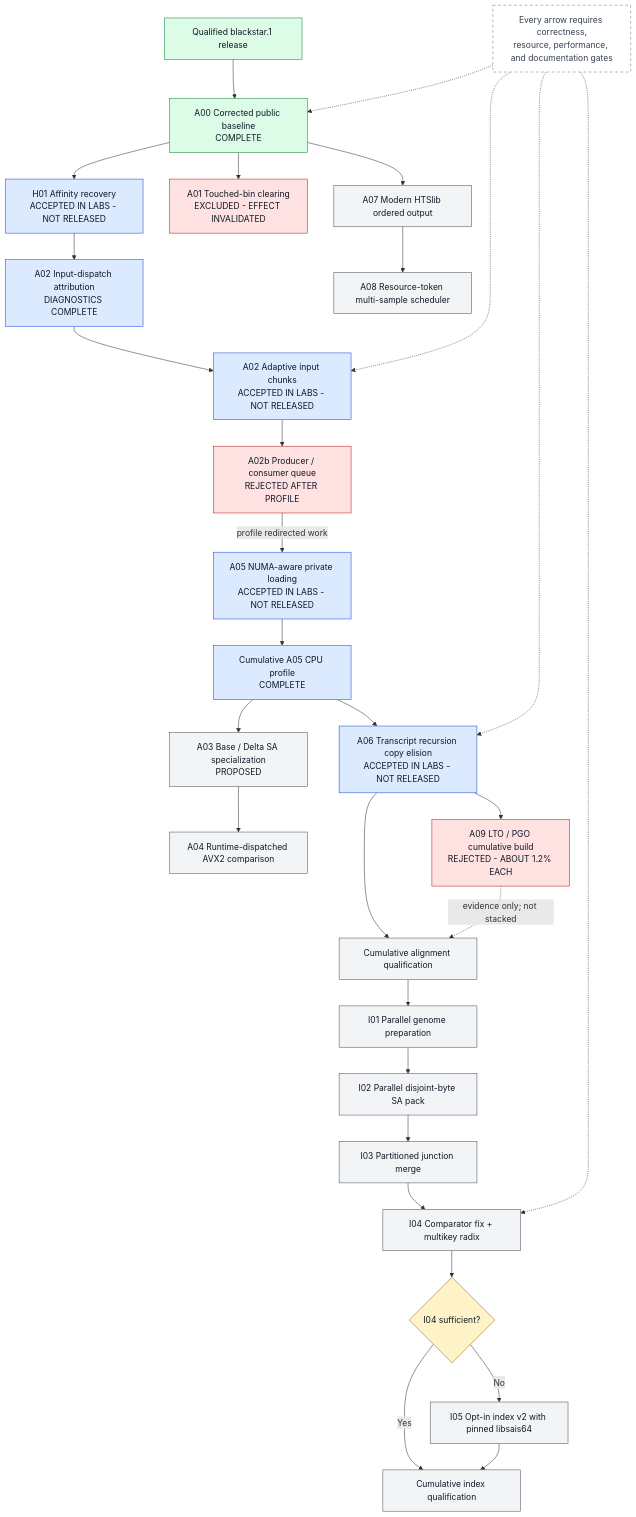
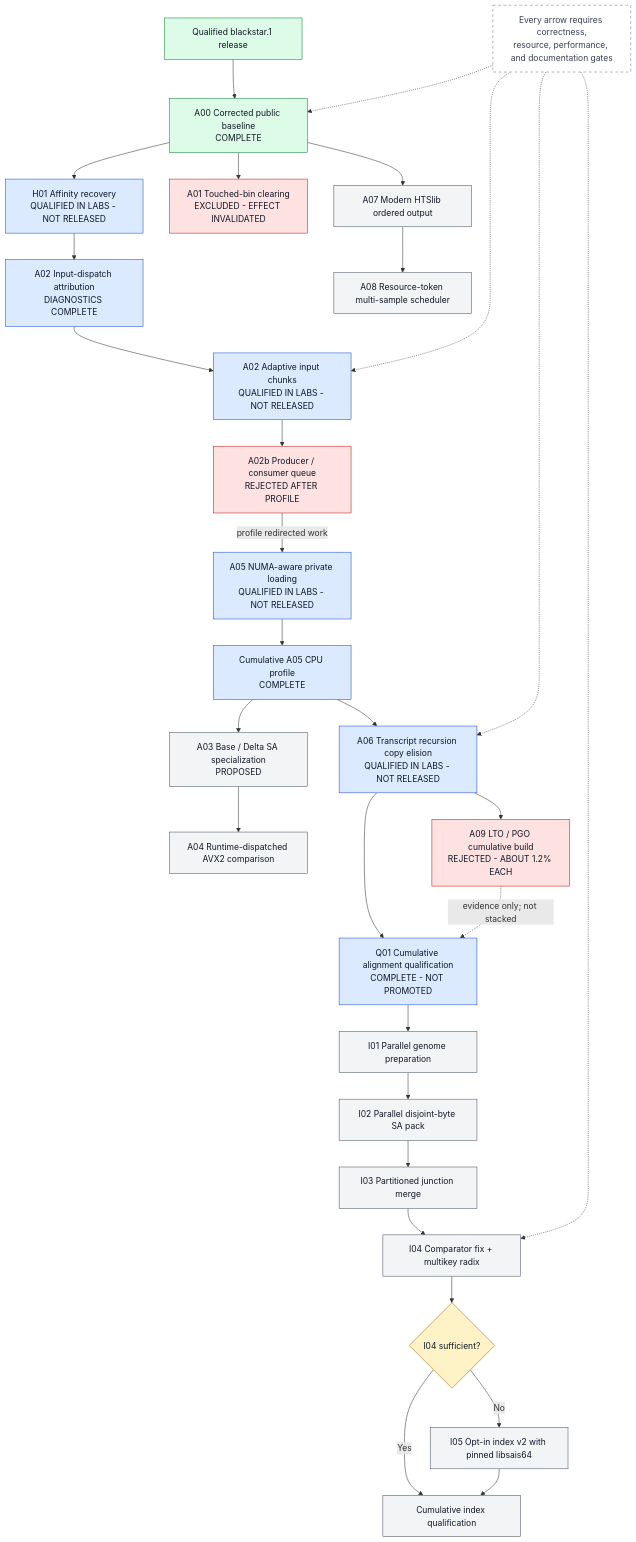
One commit to justinblethrow-cloud/STAR changed the diagram in docs/architecture/diagrams/src/F14-roadmap.mmd. Above: the diagram before and after it, drawn with Mermaid. The commit also changed 21 other files, not shown here.

Commit message:
docs: qualify cumulative alignment stack

```diff
--- a/docs/architecture/diagrams/src/F14-roadmap.mmd
+++ b/docs/architecture/diagrams/src/F14-roadmap.mmd
@@ -1,43 +1,43 @@
 flowchart TD
     RELEASE["Qualified blackstar.1 release"] --> A00["A00 Corrected public baseline<br/>COMPLETE"]
-    A00 --> H01["H01 Affinity recovery<br/>ACCEPTED IN LABS - NOT RELEASED"]
+    A00 --> H01["H01 Affinity recovery<br/>QUALIFIED IN LABS - NOT RELEASED"]
     A00 --> A01["A01 Touched-bin clearing<br/>EXCLUDED - EFFECT INVALIDATED"]
     H01 --> A02D["A02 Input-dispatch attribution<br/>DIAGNOSTICS COMPLETE"]
-    A02D --> A02["A02 Adaptive input chunks<br/>ACCEPTED IN LABS - NOT RELEASED"]
+    A02D --> A02["A02 Adaptive input chunks<br/>QUALIFIED IN LABS - NOT RELEASED"]
     A02 --> A02B["A02b Producer / consumer queue<br/>REJECTED AFTER PROFILE"]
-    A02B -->|profile redirected work| A05["A05 NUMA-aware private loading<br/>ACCEPTED IN LABS - NOT RELEASED"]
+    A02B -->|profile redirected work| A05["A05 NUMA-aware private loading<br/>QUALIFIED IN LABS - NOT RELEASED"]
     A05 --> PROFILE["Cumulative A05 CPU profile<br/>COMPLETE"]
-    PROFILE --> A06["A06 Transcript recursion copy elision<br/>ACCEPTED IN LABS - NOT RELEASED"]
+    PROFILE --> A06["A06 Transcript recursion copy elision<br/>QUALIFIED IN LABS - NOT RELEASED"]
     PROFILE --> A03["A03 Base / Delta SA specialization<br/>PROPOSED"]
     A03 --> A04["A04 Runtime-dispatched AVX2 comparison"]
     A00 --> A07["A07 Modern HTSlib ordered output"]
     A07 --> A08["A08 Resource-token multi-sample scheduler"]
     A06 --> A09["A09 LTO / PGO cumulative build<br/>REJECTED - ABOUT 1.2% EACH"]
-    A06 --> QUAL["Cumulative alignment qualification"]
+    A06 --> QUAL["Q01 Cumulative alignment qualification<br/>COMPLETE - NOT PROMOTED"]
     A09 -.->|evidence only; not stacked| QUAL
     QUAL --> I01["I01 Parallel genome preparation"]
     I01 --> I02["I02 Parallel disjoint-byte SA pack"]
     I02 --> I03["I03 Partitioned junction merge"]
     I03 --> I04["I04 Comparator fix + multikey radix"]
     I04 --> DECIDE{"I04 sufficient?"}
     DECIDE -->|Yes| INDEXQUAL["Cumulative index qualification"]
     DECIDE -->|No| I05["I05 Opt-in index v2 with pinned libsais64"]
     I05 --> INDEXQUAL
 
     GATE["Every arrow requires correctness,<br/>resource, performance, and documentation gates"] -.-> A00
     GATE -.-> A02
     GATE -.-> A06
     GATE -.-> I04
 
     classDef accepted fill:#dcfce7,stroke:#15803d,color:#111827;
     classDef active fill:#dbeafe,stroke:#1d4ed8,color:#111827;
     classDef rejected fill:#fee2e2,stroke:#b91c1c,color:#111827;
     classDef proposed fill:#f3f4f6,stroke:#4b5563,color:#111827;
     classDef decision fill:#fef3c7,stroke:#a16207,color:#111827;
     classDef note fill:#ffffff,stroke:#6b7280,color:#374151,stroke-dasharray: 5 5;
     class RELEASE,A00 accepted;
-    class H01,A02D,A02,A05,PROFILE,A06 active;
+    class H01,A02D,A02,A05,PROFILE,A06,QUAL active;
     class A01,A02B,A09 rejected;
-    class A03,A04,A07,A08,QUAL,I01,I02,I03,I04,I05,INDEXQUAL proposed;
+    class A03,A04,A07,A08,I01,I02,I03,I04,I05,INDEXQUAL proposed;
     class DECIDE decision;
     class GATE note;
```
